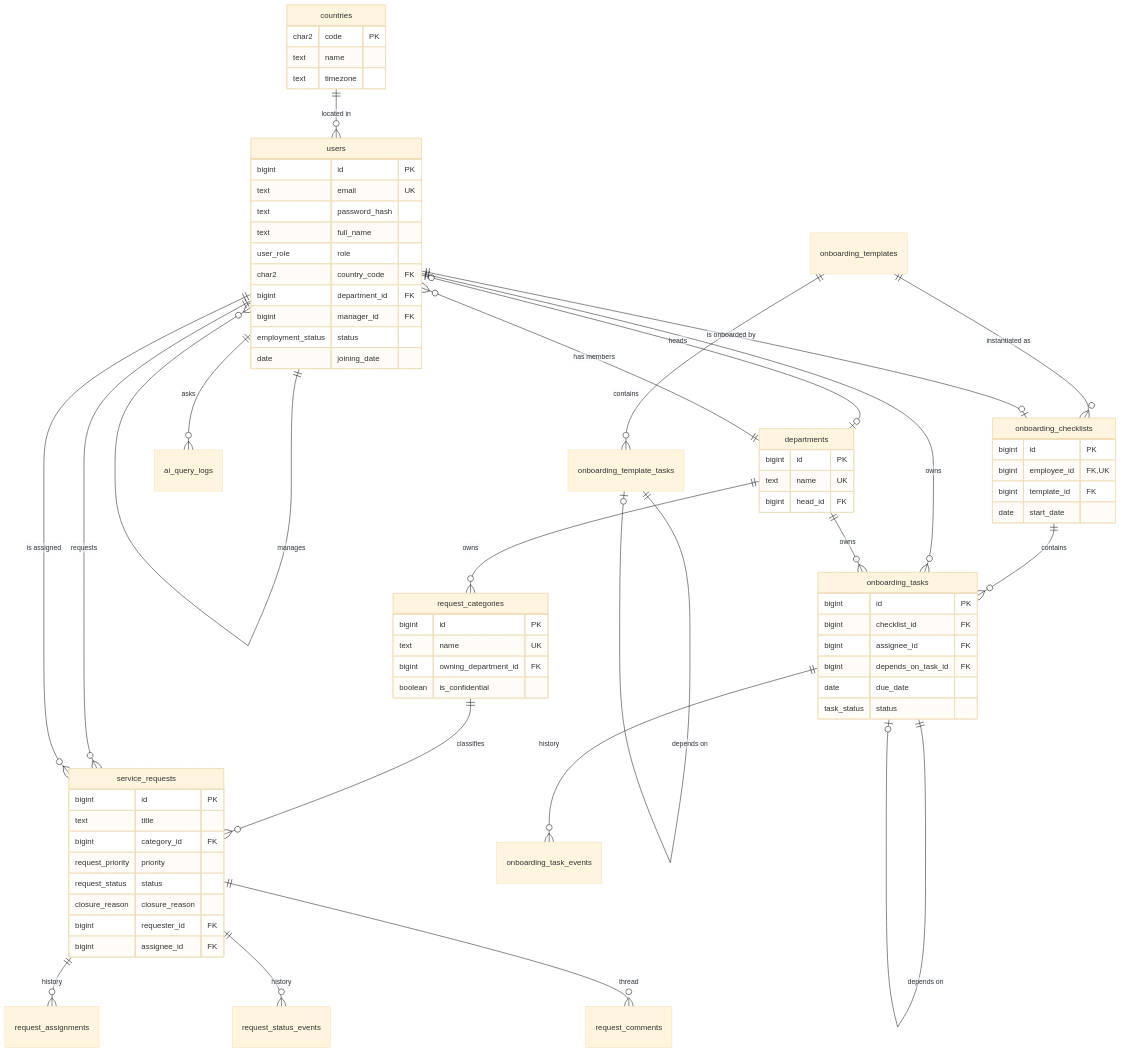
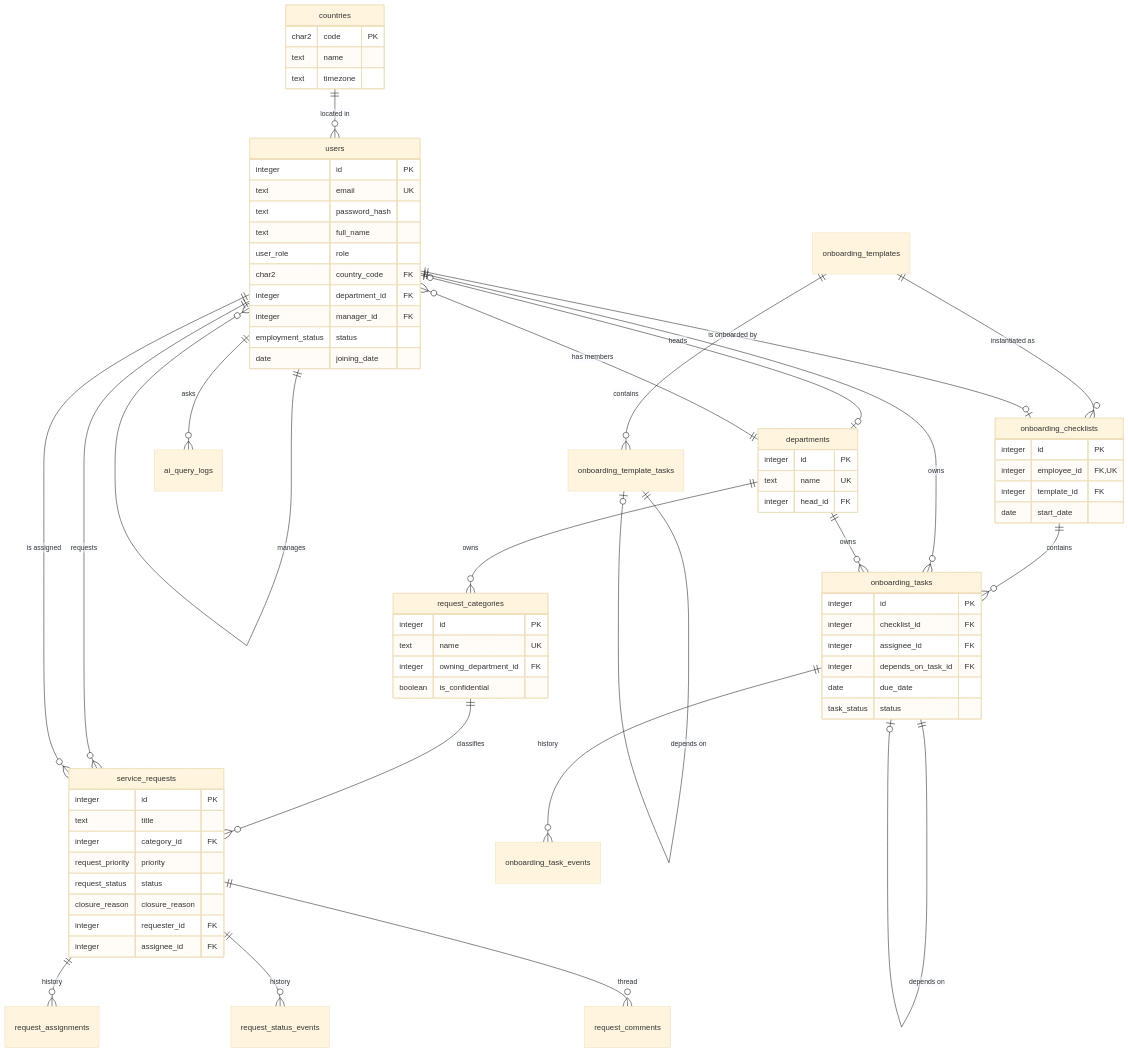
Before and after one commit to SaifSiddique009/hris-service-onboarding-platform: the third of 7 diagrams in ARCHITECTURE.md, drawn with Mermaid (base theme). The commit also changed other lines of this file, not shown here.

````diff
--- a/ARCHITECTURE.md
+++ b/ARCHITECTURE.md
@@ -135,77 +137,77 @@
 ```mermaid
 erDiagram
     countries ||--o{ users : "located in"
     departments ||--o{ users : "has members"
     users |o--o| departments : "heads"
     users ||--o{ users : "manages"
     departments ||--o{ request_categories : "owns"
     request_categories ||--o{ service_requests : "classifies"
     users ||--o{ service_requests : "requests"
     users ||--o{ service_requests : "is assigned"
     service_requests ||--o{ request_assignments : "history"
     service_requests ||--o{ request_status_events : "history"
     service_requests ||--o{ request_comments : "thread"
     onboarding_templates ||--o{ onboarding_template_tasks : "contains"
     onboarding_template_tasks ||--o| onboarding_template_tasks : "depends on"
     onboarding_templates ||--o{ onboarding_checklists : "instantiated as"
     users ||--o| onboarding_checklists : "is onboarded by"
     onboarding_checklists ||--o{ onboarding_tasks : "contains"
     onboarding_tasks ||--o| onboarding_tasks : "depends on"
     onboarding_tasks ||--o{ onboarding_task_events : "history"
     users ||--o{ onboarding_tasks : "owns"
     departments ||--o{ onboarding_tasks : "owns"
     users ||--o{ ai_query_logs : "asks"
 
     countries {
         char2 code PK
         text name
         text timezone
     }
     departments {
-        bigint id PK
+        integer id PK
         text name UK
-        bigint head_id FK
+        integer head_id FK
     }
     users {
-        bigint id PK
+        integer id PK
         text email UK
         text password_hash
         text full_name
         user_role role
         char2 country_code FK
-        bigint department_id FK
-        bigint manager_id FK
+        integer department_id FK
+        integer manager_id FK
         employment_status status
         date joining_date
     }
     request_categories {
-        bigint id PK
+        integer id PK
         text name UK
-        bigint owning_department_id FK
+        integer owning_department_id FK
         boolean is_confidential
     }
     service_requests {
-        bigint id PK
+        integer id PK
         text title
-        bigint category_id FK
+        integer category_id FK
         request_priority priority
         request_status status
         closure_reason closure_reason
-        bigint requester_id FK
-        bigint assignee_id FK
+        integer requester_id FK
+        integer assignee_id FK
     }
     onboarding_checklists {
-        bigint id PK
-        bigint employee_id FK,UK
-        bigint template_id FK
+        integer id PK
+        integer employee_id FK,UK
+        integer template_id FK
         date start_date
     }
     onboarding_tasks {
-        bigint id PK
-        bigint checklist_id FK
-        bigint assignee_id FK
-        bigint depends_on_task_id FK
+        integer id PK
+        integer checklist_id FK
+        integer assignee_id FK
+        integer depends_on_task_id FK
         date due_date
         task_status status
     }
 ```
````
